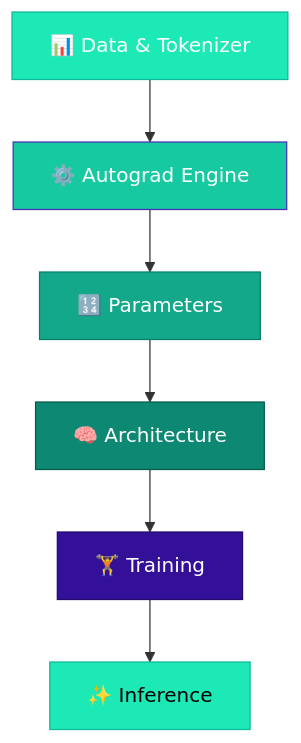
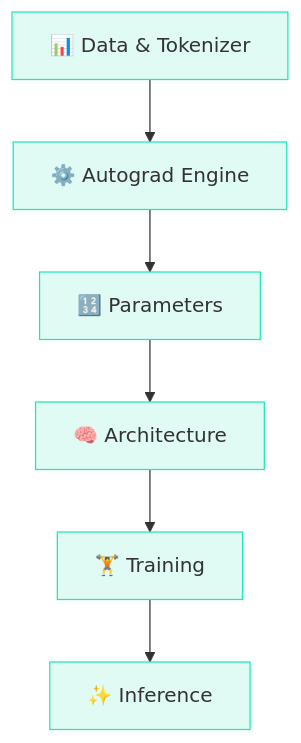
The second of 2 diagrams in docs/00-the-big-picture/01-the-200-line-map.md (iamkhalid2/microgpt-course), drawn with Mermaid before and after one commit. The commit also changed other lines of this file and 21 other files, not shown here.

Commit message:
Fix Mermaid: remove hardcoded text color (theme-adaptive), add mobile scrolling, fix \\n to br

````diff
--- a/docs/00-the-big-picture/01-the-200-line-map.md
+++ b/docs/00-the-big-picture/01-the-200-line-map.md
@@ -189,15 +189,15 @@
 ```mermaid
 flowchart TD
     A["📊 Data & Tokenizer"] --> B["⚙️ Autograd Engine"]
     B --> C["🔢 Parameters"]
     C --> D["🧠 Architecture"]
     D --> E["🏋️ Training"]
     E --> F["✨ Inference"]
 
-    style A fill:#1de9b6,stroke:#0db99a,color:#fff
-    style B fill:#17c9a0,stroke:#4a2db8,color:#fff
-    style C fill:#12a889,stroke:#0a7d68,color:#fff
-    style D fill:#0d8872,stroke:#085c4e,color:#fff
-    style E fill:#341099,stroke:#240a69,color:#fff
-    style F fill:#1de9b6,stroke:#0db99a,color:#000
+    style A fill:#e0faf4,stroke:#1de9b6
+    style B fill:#e0faf4,stroke:#1de9b6
+    style C fill:#e0faf4,stroke:#1de9b6
+    style D fill:#e0faf4,stroke:#1de9b6
+    style E fill:#e0faf4,stroke:#1de9b6
+    style F fill:#e0faf4,stroke:#1de9b6
 ```
````
